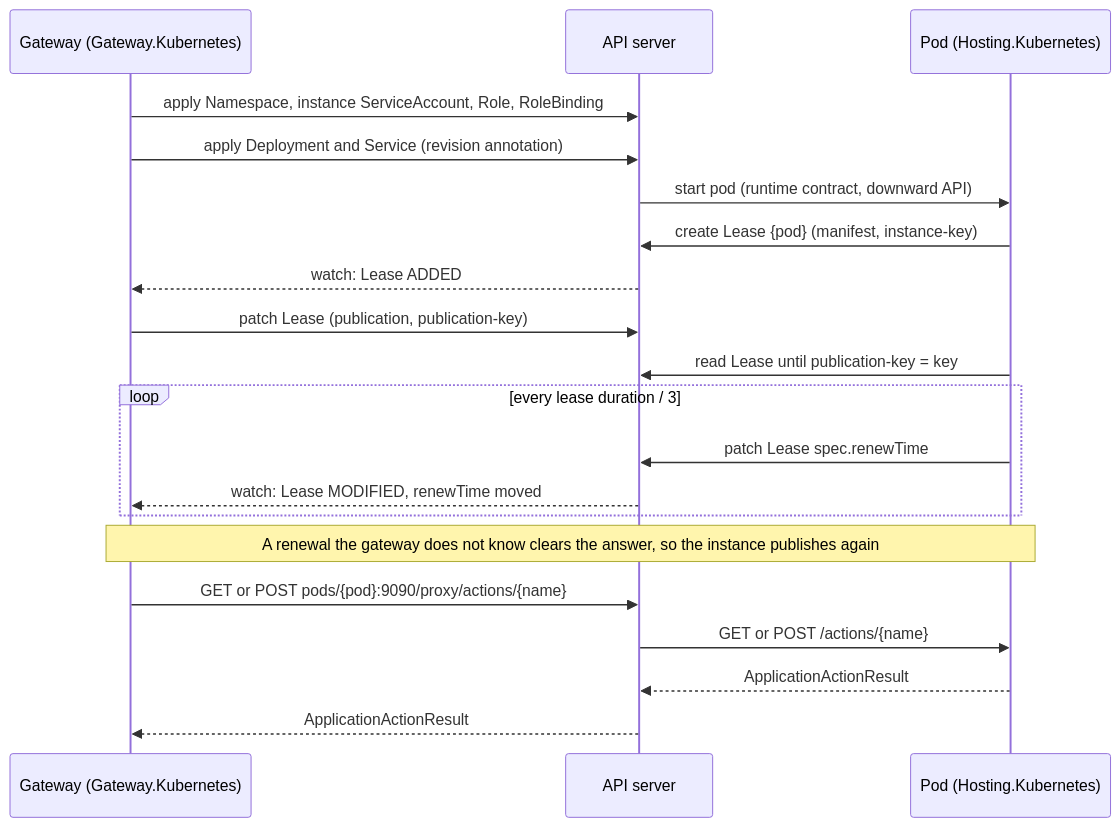
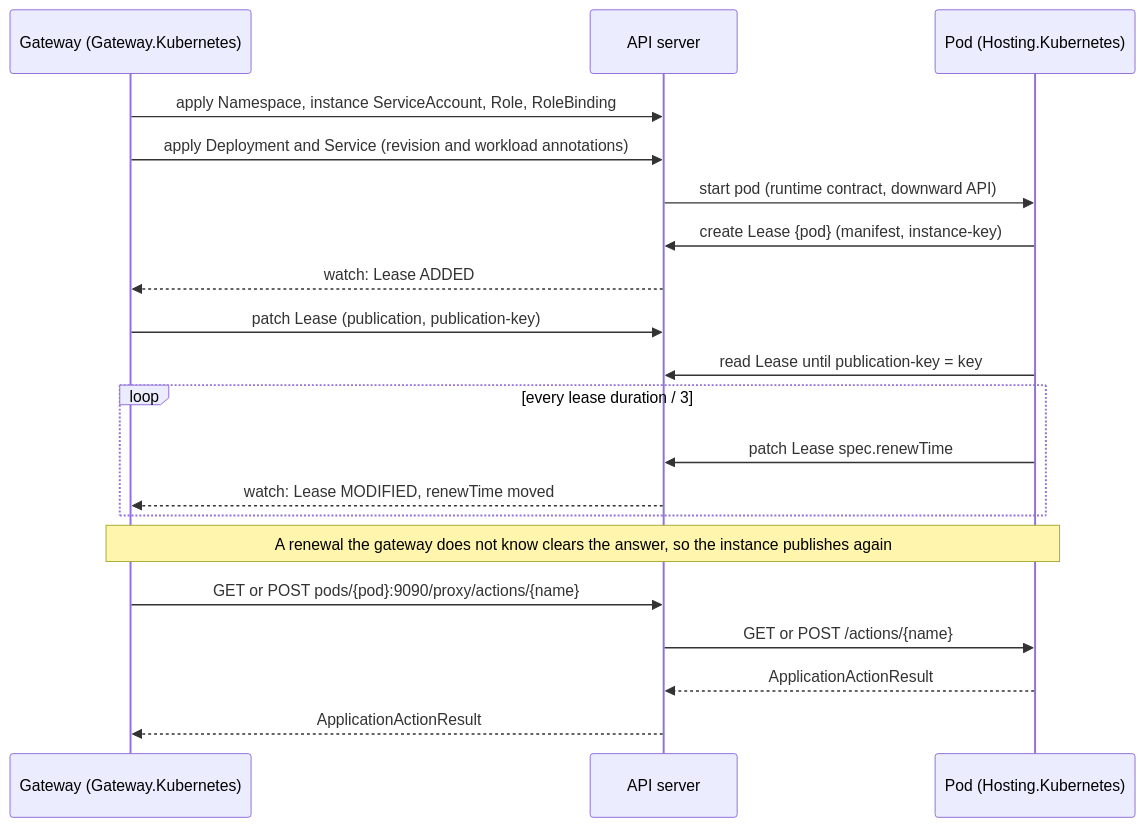
One commit to assimalign/cohesion-platforms changed the diagram in platforms/Kubernetes/Assimalign.Cohesion.ApplicationModel.Gateway.Kubernetes/docs/DESIGN.md. Above: the diagram before and after it, drawn with Mermaid. The commit also changed other lines of this file and 36 other files, not shown here.

````diff
--- a/platforms/Kubernetes/Assimalign.Cohesion.ApplicationModel.Gateway.Kubernetes/docs/DESIGN.md
+++ b/platforms/Kubernetes/Assimalign.Cohesion.ApplicationModel.Gateway.Kubernetes/docs/DESIGN.md
@@ -24,22 +24,22 @@
 ```mermaid
 sequenceDiagram
     participant G as Gateway (Gateway.Kubernetes)
     participant A as API server
     participant P as Pod (Hosting.Kubernetes)
     G->>A: apply Namespace, instance ServiceAccount, Role, RoleBinding
-    G->>A: apply Deployment and Service (revision annotation)
+    G->>A: apply Deployment and Service (revision and workload annotations)
     A->>P: start pod (runtime contract, downward API)
     P->>A: create Lease {pod} (manifest, instance-key)
     A-->>G: watch: Lease ADDED
     G->>A: patch Lease (publication, publication-key)
     P->>A: read Lease until publication-key = key
     loop every lease duration / 3
         P->>A: patch Lease spec.renewTime
         A-->>G: watch: Lease MODIFIED, renewTime moved
     end
     Note over G,P: A renewal the gateway does not know clears the answer, so the instance publishes again
     G->>A: GET or POST pods/{pod}:9090/proxy/actions/{name}
     A->>P: GET or POST /actions/{name}
     P-->>A: ApplicationActionResult
     A-->>G: ApplicationActionResult
 ```
````
